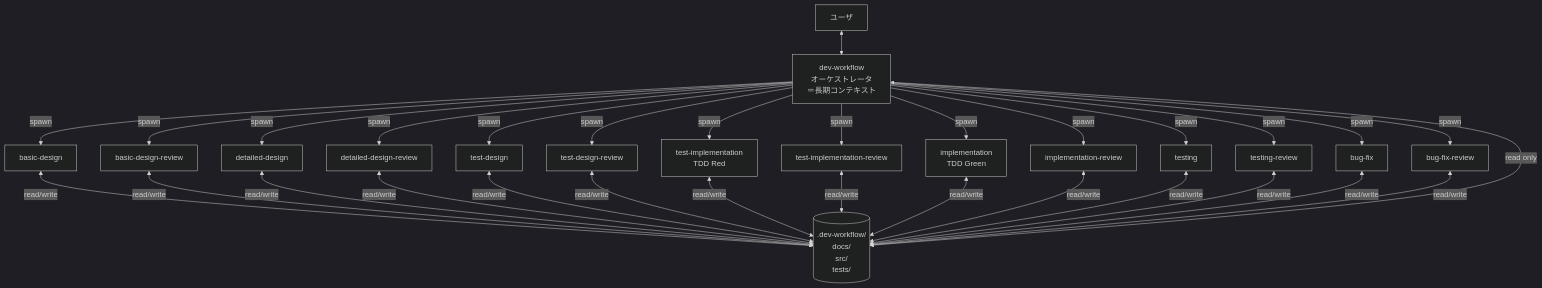
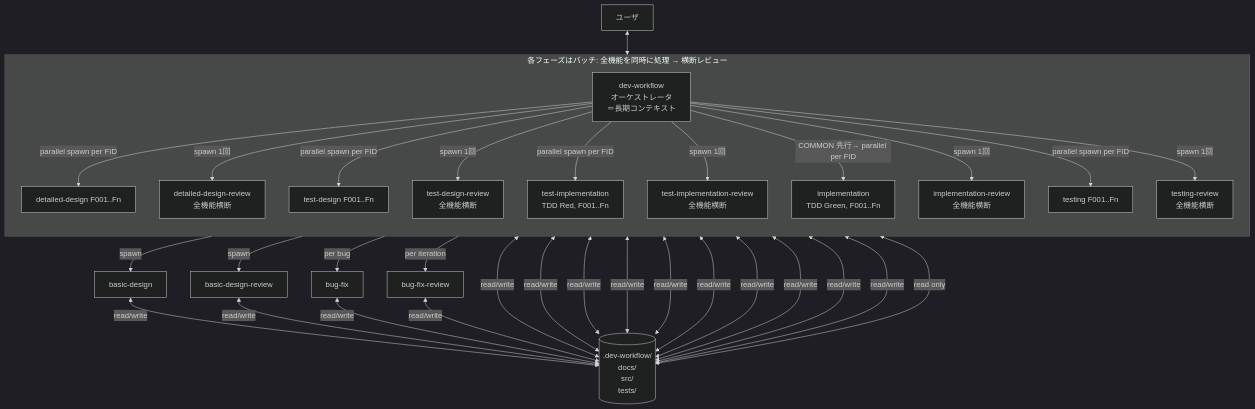
The first of 2 diagrams in skills/dev-workflow/SKILL.md (yamasuki-/software_dev_workflow), drawn with Mermaid (dark theme) before and after one commit. The commit also changed other lines of this file and 13 other files, not shown here.

````diff
--- a/skills/dev-workflow/SKILL.md
+++ b/skills/dev-workflow/SKILL.md
@@ -21,20 +21,25 @@
 ```mermaid
 flowchart TD
     User[ユーザ] <--> Orch[dev-workflow<br/>オーケストレータ<br/>＝長期コンテキスト]
     Orch -->|spawn| BD[basic-design]
     Orch -->|spawn| BDR[basic-design-review]
-    Orch -->|spawn| DD[detailed-design]
-    Orch -->|spawn| DDR[detailed-design-review]
-    Orch -->|spawn| TD[test-design]
-    Orch -->|spawn| TDR[test-design-review]
-    Orch -->|spawn| TI[test-implementation<br/>TDD Red]
-    Orch -->|spawn| TIR[test-implementation-review]
-    Orch -->|spawn| Impl[implementation<br/>TDD Green]
-    Orch -->|spawn| IR[implementation-review]
-    Orch -->|spawn| Test[testing]
-    Orch -->|spawn| TR[testing-review]
-    Orch -->|spawn| Bug[bug-fix]
-    Orch -->|spawn| BFR[bug-fix-review]
+
+    subgraph Batch [各フェーズはバッチ: 全機能を同時に処理 → 横断レビュー]
+      direction TB
+      Orch -->|parallel spawn per FID| DD[detailed-design F001..Fn]
+      Orch -->|spawn 1回| DDR[detailed-design-review<br/>全機能横断]
+      Orch -->|parallel spawn per FID| TD[test-design F001..Fn]
+      Orch -->|spawn 1回| TDR[test-design-review<br/>全機能横断]
+      Orch -->|parallel spawn per FID| TI[test-implementation<br/>TDD Red, F001..Fn]
+      Orch -->|spawn 1回| TIR[test-implementation-review<br/>全機能横断]
+      Orch -->|COMMON 先行→ parallel per FID| Impl[implementation<br/>TDD Green, F001..Fn]
+      Orch -->|spawn 1回| IR[implementation-review<br/>全機能横断]
+      Orch -->|parallel spawn per FID| Test[testing F001..Fn]
+      Orch -->|spawn 1回| TR[testing-review<br/>全機能横断]
+    end
+
+    Orch -->|per bug| Bug[bug-fix]
+    Orch -->|per iteration| BFR[bug-fix-review]
     BD & BDR & DD & DDR & TD & TDR & TI & TIR & Impl & IR & Test & TR & Bug & BFR <-->|read/write| State[(.dev-workflow/<br/>docs/<br/>src/<br/>tests/)]
     Orch <-->|read only| State
 ```
````
